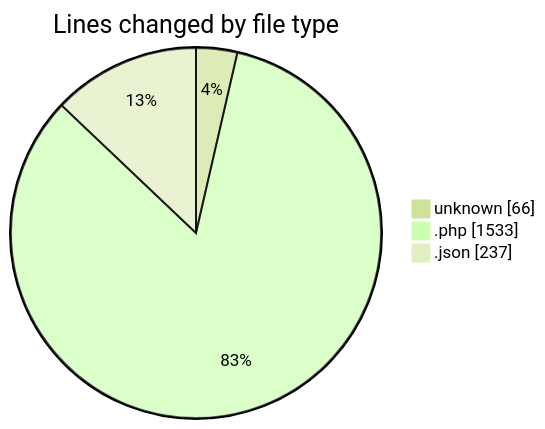
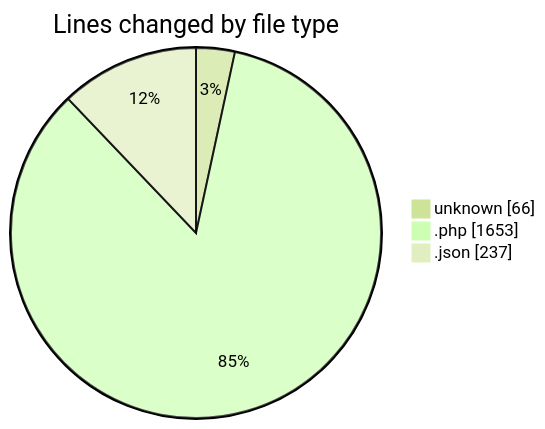
One commit to idhammustaqopulfikri/code-tracking changed the first of 2 diagrams in 2025-05-27/studio-backend/README.md. Above: the diagram before and after it, drawn with Mermaid (forest theme). The commit also changed other lines of this file and 1 other file, not shown here.

````diff
--- a/2025-05-27/studio-backend/README.md
+++ b/2025-05-27/studio-backend/README.md
@@ -48,7 +51,7 @@
 ```mermaid
 pie showData
 title Lines changed by file type
 "unknown" : 66
-".php" : 1533
+".php" : 1653
 ".json" : 237
 ```
````
